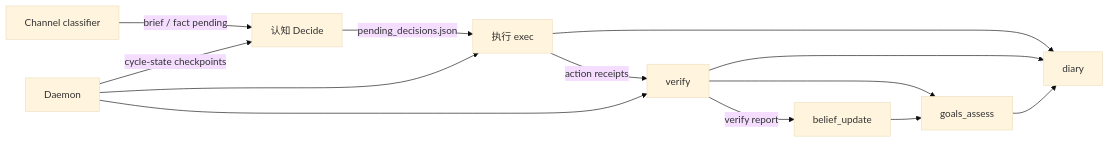
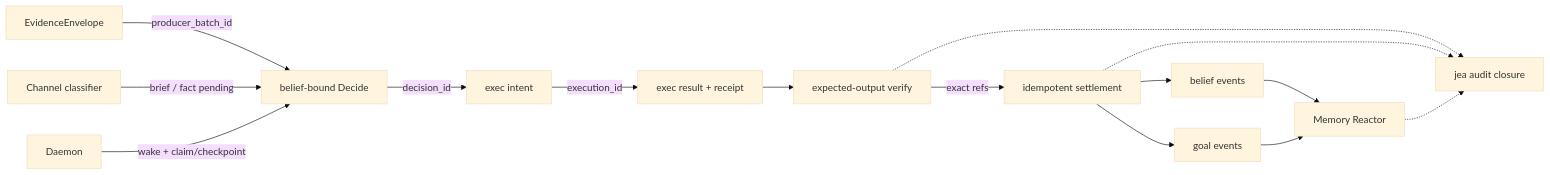
Before and after one commit to imjszhang/js-evolution-agent: the eighth of 9 diagrams in docs/mechanism-diagram.md, drawn with Mermaid (base theme). The commit also changed other lines of this file and 237 other files, not shown here.

````diff
--- a/docs/mechanism-diagram.md
+++ b/docs/mechanism-diagram.md
@@ -185,15 +189,17 @@
 ```mermaid
 flowchart LR
-  Decide["认知 Decide"] -->|"pending_decisions.json"| Exec["执行 exec"]
-  Exec -->|"action receipts"| Verify["verify"]
-  Verify -->|"verify report"| Belief["belief_update"]
-  Verify --> Goals["goals_assess"]
-  Belief --> Goals
-  Exec --> Diary["diary"]
-  Verify --> Diary
-  Goals --> Diary
+  Evidence["EvidenceEnvelope"] -->|"producer_batch_id"| Decide["belief-bound Decide"]
+  Decide -->|"decision_id"| Intent["exec intent"]
+  Intent -->|"execution_id"| Exec["exec result + receipt"]
+  Exec --> Verify["expected-output verify"]
+  Verify -->|"exact refs"| Settle["idempotent settlement"]
+  Settle --> Belief["belief events"]
+  Settle --> Goals["goal events"]
+  Belief --> Memory["Memory Reactor"]
+  Goals --> Memory
   Channel["Channel classifier"] -->|"brief / fact pending"| Decide
-  Daemon["Daemon"] -->|"cycle-state checkpoints"| Decide
-  Daemon --> Exec
-  Daemon --> Verify
+  Daemon["Daemon"] -->|"wake + claim/checkpoint"| Decide
+  Verify -.-> Closure["jea audit closure"]
+  Settle -.-> Closure
+  Memory -.-> Closure
 ```
````
